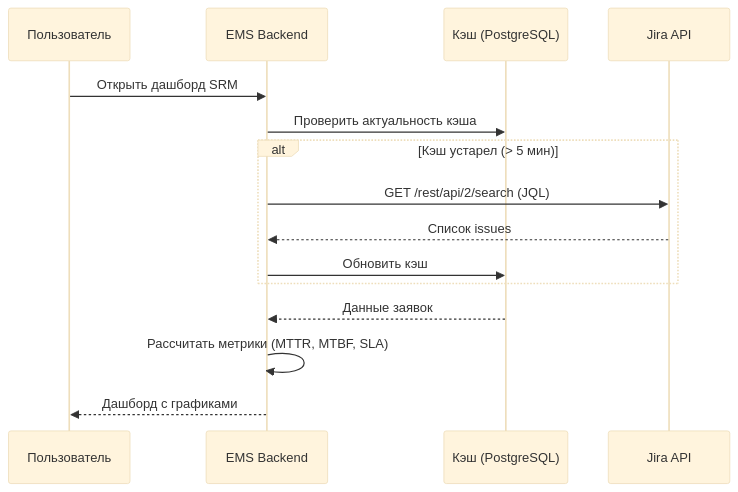
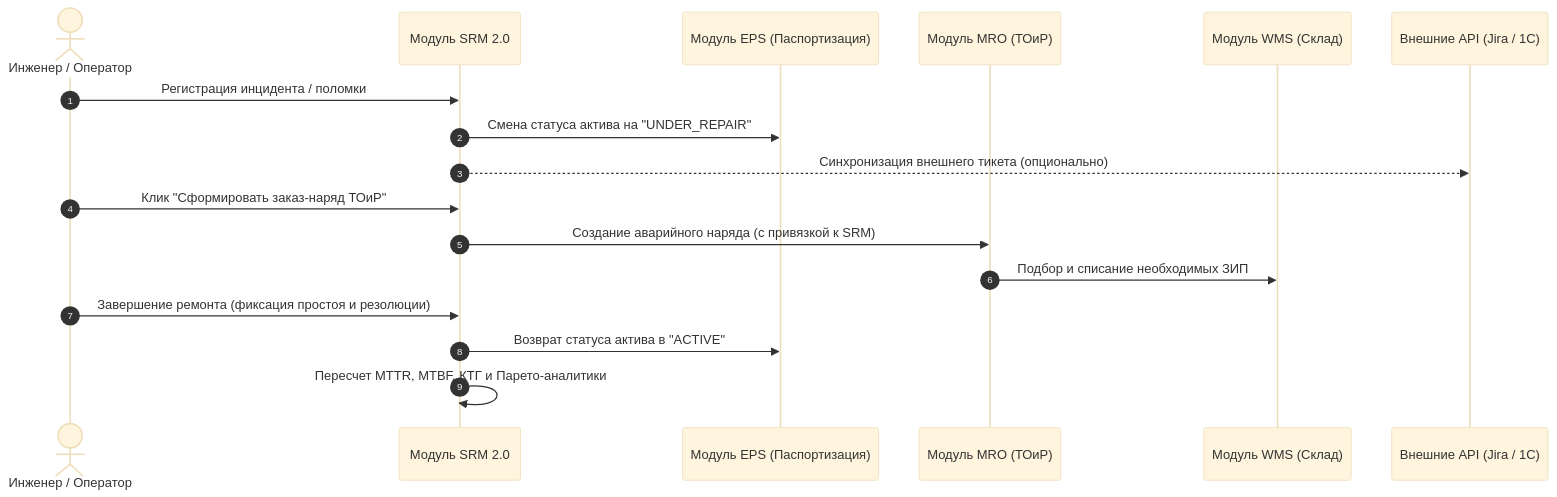
One commit to DeenoRepository/EMS-Platform changed the second of 2 diagrams in docs/specs/technical_specification.md. Above: the diagram before and after it, drawn with Mermaid (base theme). The commit also changed other lines of this file and 15 other files, not shown here.

Commit message:
feat(srm): implement SRM 2.0 Service & Reliability Management with internal service desk, RAMS analytics, and MRO integration

````diff
--- a/docs/specs/technical_specification.md
+++ b/docs/specs/technical_specification.md
@@ -541,18 +538,20 @@
 ```mermaid
 sequenceDiagram
-    participant U as Пользователь
-    participant EMS as EMS Backend
-    participant Cache as Кэш (PostgreSQL)
-    participant Jira as Jira API
+    autonumber
+    actor Tech as Инженер / Оператор
+    participant SRM as Модуль SRM 2.0
+    participant EPS as Модуль EPS (Паспортизация)
+    participant MRO as Модуль MRO (ТОиР)
+    participant WMS as Модуль WMS (Склад)
+    participant Ext as Внешние API (Jira / 1C)
 
-    U->>EMS: Открыть дашборд SRM
-    EMS->>Cache: Проверить актуальность кэша
-    alt Кэш устарел (> 5 мин)
-        EMS->>Jira: GET /rest/api/2/search (JQL)
-        Jira-->>EMS: Список issues
-        EMS->>Cache: Обновить кэш
-    end
-    Cache-->>EMS: Данные заявок
-    EMS->>EMS: Рассчитать метрики (MTTR, MTBF, SLA)
-    EMS-->>U: Дашборд с графиками
+    Tech->>SRM: Регистрация инцидента / поломки
+    SRM->>EPS: Смена статуса актива на "UNDER_REPAIR"
+    SRM-->>Ext: Синхронизация внешнего тикета (опционально)
+    Tech->>SRM: Клик "Сформировать заказ-наряд ТОиР"
+    SRM->>MRO: Создание аварийного наряда (с привязкой к SRM)
+    MRO->>WMS: Подбор и списание необходимых ЗИП
+    Tech->>SRM: Завершение ремонта (фиксация простоя и резолюции)
+    SRM->>EPS: Возврат статуса актива в "ACTIVE"
+    SRM->>SRM: Пересчет MTTR, MTBF, КТГ и Парето-аналитики
 ```
````
